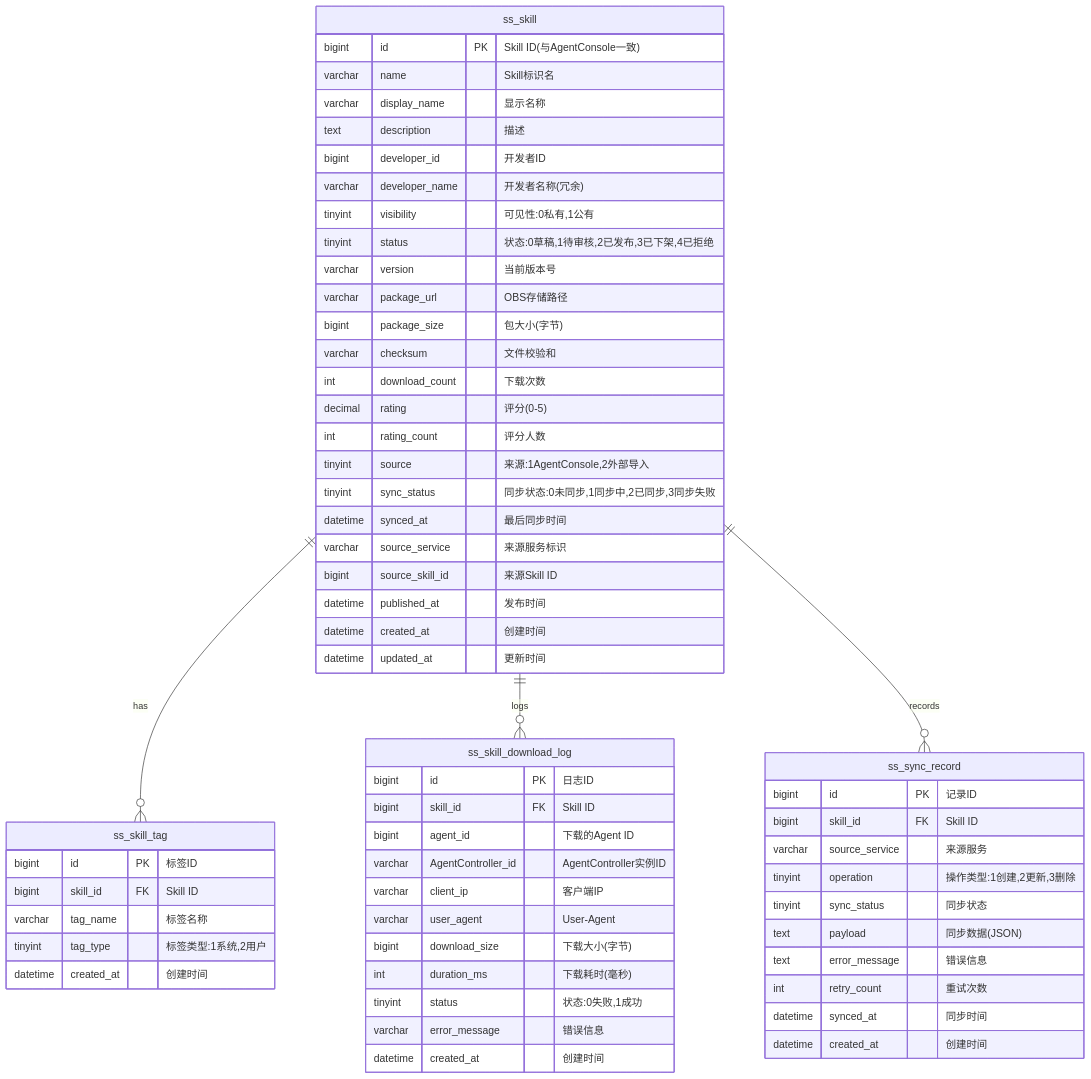
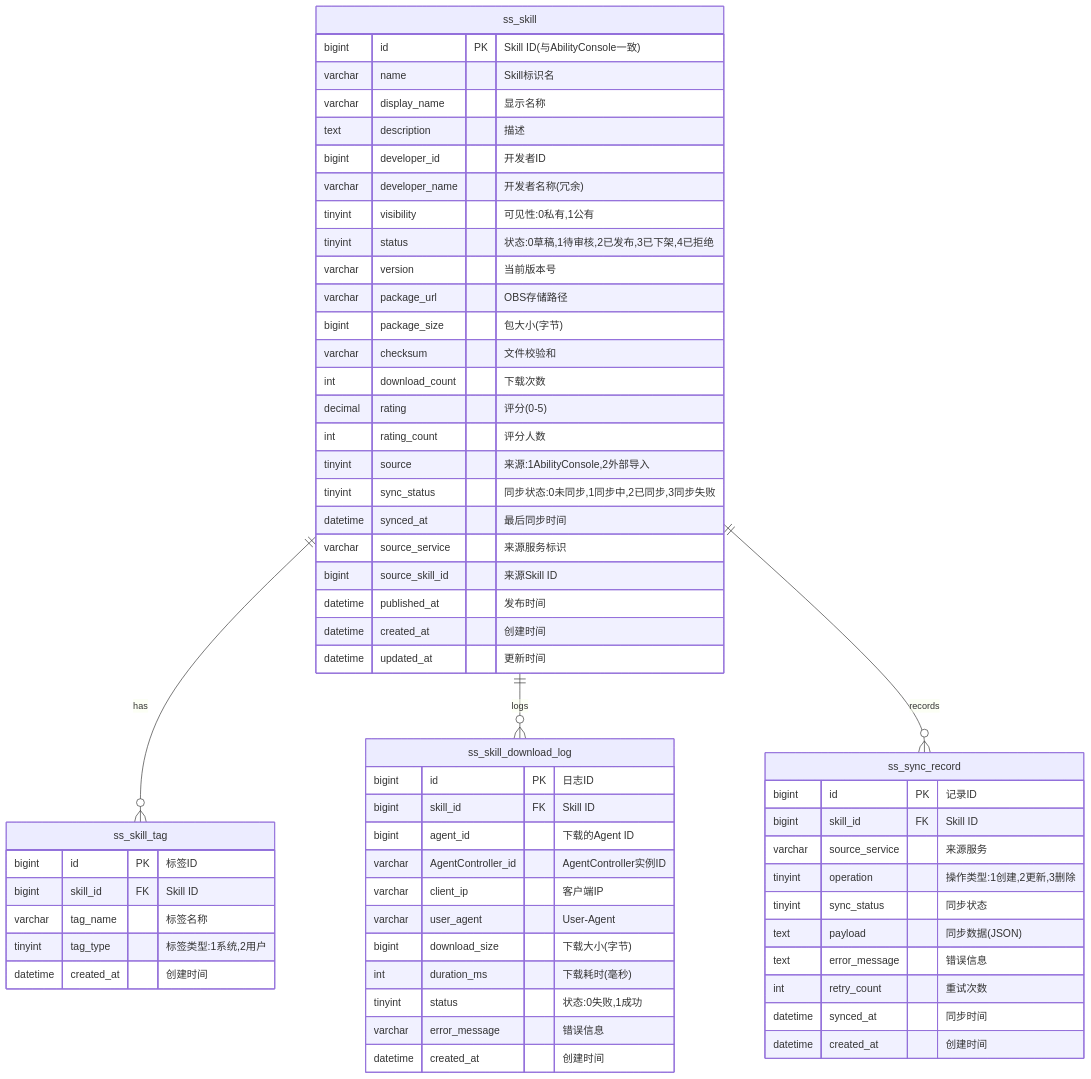
Before and after one commit to jinyule/xiaoyi-skill-mgmt: diagram 20 of 33 in architecture-design.md, drawn with Mermaid. The commit also changed other lines of this file, not shown here.

````diff
--- a/architecture-design.md
+++ b/architecture-design.md
@@ -924,67 +924,67 @@
 ```mermaid
 erDiagram
     ss_skill ||--o{ ss_skill_tag : has
     ss_skill ||--o{ ss_skill_download_log : logs
     ss_skill ||--o{ ss_sync_record : records
 
     ss_skill {
-        bigint id PK "Skill ID(与AgentConsole一致)"
+        bigint id PK "Skill ID(与AbilityConsole一致)"
         varchar name "Skill标识名"
         varchar display_name "显示名称"
         text description "描述"
         bigint developer_id "开发者ID"
         varchar developer_name "开发者名称(冗余)"
         tinyint visibility "可见性:0私有,1公有"
         tinyint status "状态:0草稿,1待审核,2已发布,3已下架,4已拒绝"
         varchar version "当前版本号"
         varchar package_url "OBS存储路径"
         bigint package_size "包大小(字节)"
         varchar checksum "文件校验和"
         int download_count "下载次数"
         decimal rating "评分(0-5)"
         int rating_count "评分人数"
-        tinyint source "来源:1AgentConsole,2外部导入"
+        tinyint source "来源:1AbilityConsole,2外部导入"
         tinyint sync_status "同步状态:0未同步,1同步中,2已同步,3同步失败"
         datetime synced_at "最后同步时间"
         varchar source_service "来源服务标识"
         bigint source_skill_id "来源Skill ID"
         datetime published_at "发布时间"
         datetime created_at "创建时间"
         datetime updated_at "更新时间"
     }
 
     ss_skill_tag {
         bigint id PK "标签ID"
         bigint skill_id FK "Skill ID"
         varchar tag_name "标签名称"
         tinyint tag_type "标签类型:1系统,2用户"
         datetime created_at "创建时间"
     }
 
     ss_skill_download_log {
         bigint id PK "日志ID"
         bigint skill_id FK "Skill ID"
         bigint agent_id "下载的Agent ID"
         varchar AgentController_id "AgentController实例ID"
         varchar client_ip "客户端IP"
         varchar user_agent "User-Agent"
         bigint download_size "下载大小(字节)"
         int duration_ms "下载耗时(毫秒)"
         tinyint status "状态:0失败,1成功"
         varchar error_message "错误信息"
         datetime created_at "创建时间"
     }
 
     ss_sync_record {
         bigint id PK "记录ID"
         bigint skill_id FK "Skill ID"
         varchar source_service "来源服务"
         tinyint operation "操作类型:1创建,2更新,3删除"
         tinyint sync_status "同步状态"
         text payload "同步数据(JSON)"
         text error_message "错误信息"
         int retry_count "重试次数"
         datetime synced_at "同步时间"
         datetime created_at "创建时间"
     }
 ```
````
